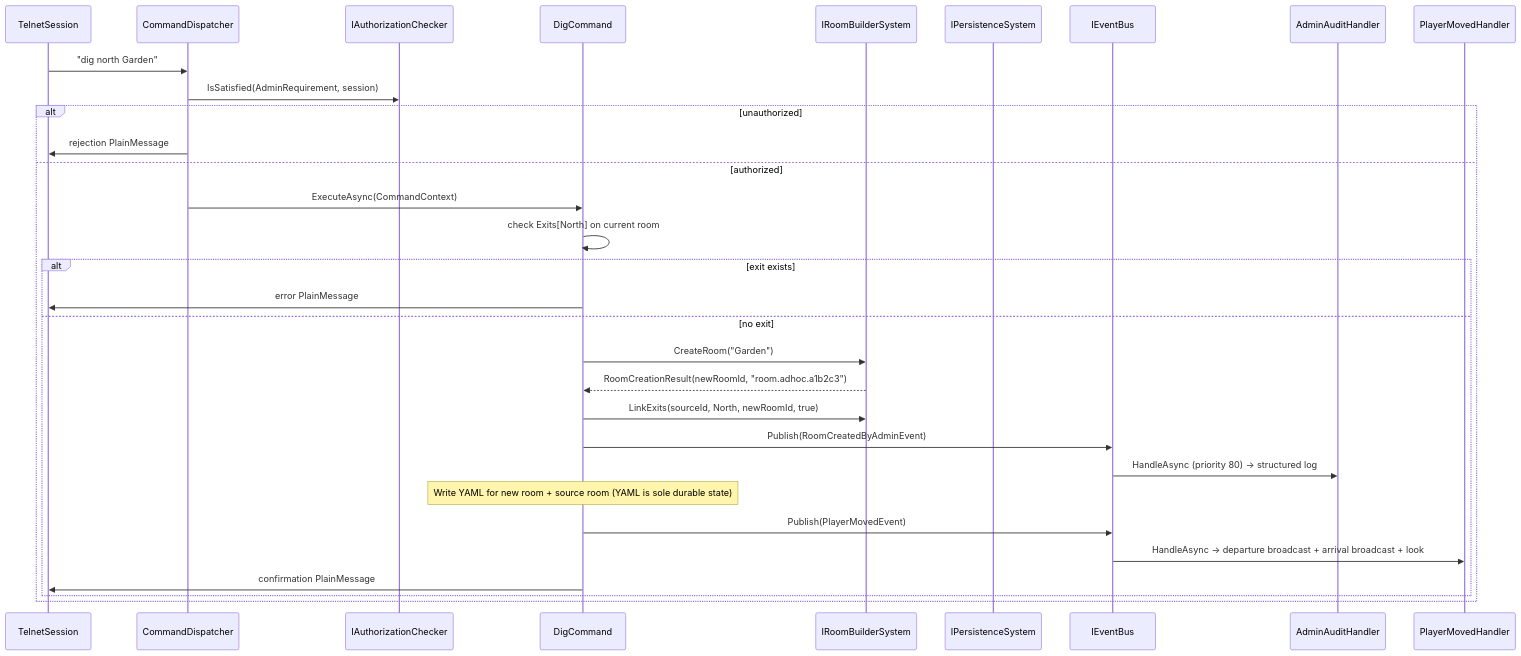
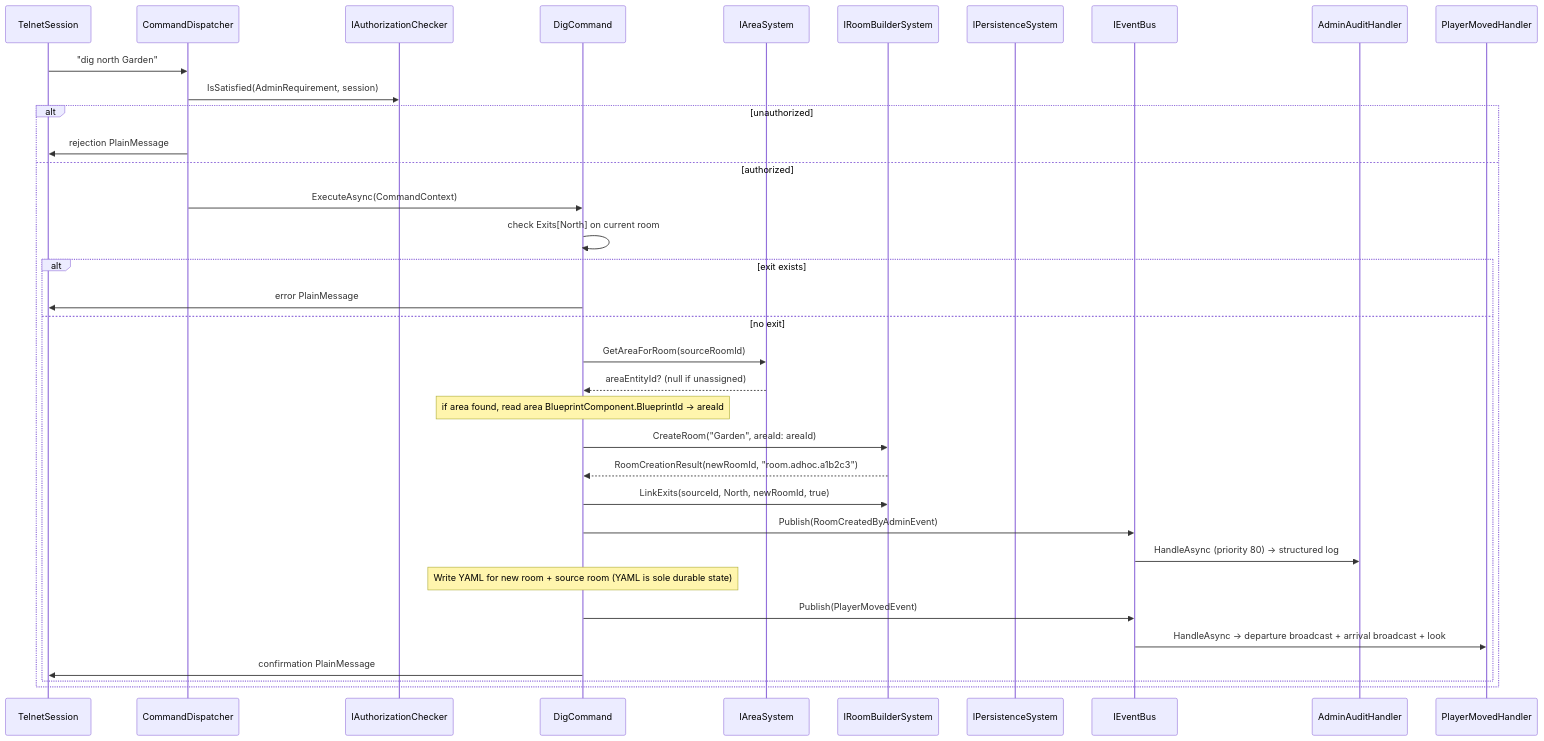
One commit to dmbyer/Hedron changed the diagram in docs/architecture/flows/flow-08-admin-room-creation.md. Above: the diagram before and after it, drawn with Mermaid. The commit also changed other lines of this file and 33 other files, not shown here.

First line of the commit message:
feat: area model + room-area membership (slice 12) (#117)

````diff
--- a/docs/architecture/flows/flow-08-admin-room-creation.md
+++ b/docs/architecture/flows/flow-08-admin-room-creation.md
@@ -9,34 +9,38 @@
 ```mermaid
 sequenceDiagram
     participant Sess as TelnetSession
     participant CD as CommandDispatcher
     participant Auth as IAuthorizationChecker
     participant Cmd as DigCommand
+    participant AS as IAreaSystem
     participant RBS as IRoomBuilderSystem
     participant PSys as IPersistenceSystem
     participant Bus as IEventBus
     participant Audit as AdminAuditHandler
     participant PMH as PlayerMovedHandler
 
     Sess->>CD: "dig north Garden"
     CD->>Auth: IsSatisfied(AdminRequirement, session)
     alt unauthorized
         CD->>Sess: rejection PlainMessage
     else authorized
         CD->>Cmd: ExecuteAsync(CommandContext)
         Cmd->>Cmd: check Exits[North] on current room
         alt exit exists
             Cmd->>Sess: error PlainMessage
         else no exit
-            Cmd->>RBS: CreateRoom("Garden")
+            Cmd->>AS: GetAreaForRoom(sourceRoomId)
+            AS-->>Cmd: areaEntityId? (null if unassigned)
+            Note over Cmd: if area found, read area BlueprintComponent.BlueprintId → areaId
+            Cmd->>RBS: CreateRoom("Garden", areaId: areaId)
             RBS-->>Cmd: RoomCreationResult(newRoomId, "room.adhoc.a1b2c3")
             Cmd->>RBS: LinkExits(sourceId, North, newRoomId, true)
             Cmd->>Bus: Publish(RoomCreatedByAdminEvent)
             Bus->>Audit: HandleAsync (priority 80) → structured log
             Note over Cmd: Write YAML for new room + source room (YAML is sole durable state)
             Cmd->>Bus: Publish(PlayerMovedEvent)
             Bus->>PMH: HandleAsync → departure broadcast + arrival broadcast + look
             Cmd->>Sess: confirmation PlainMessage
         end
     end
 ```
````
